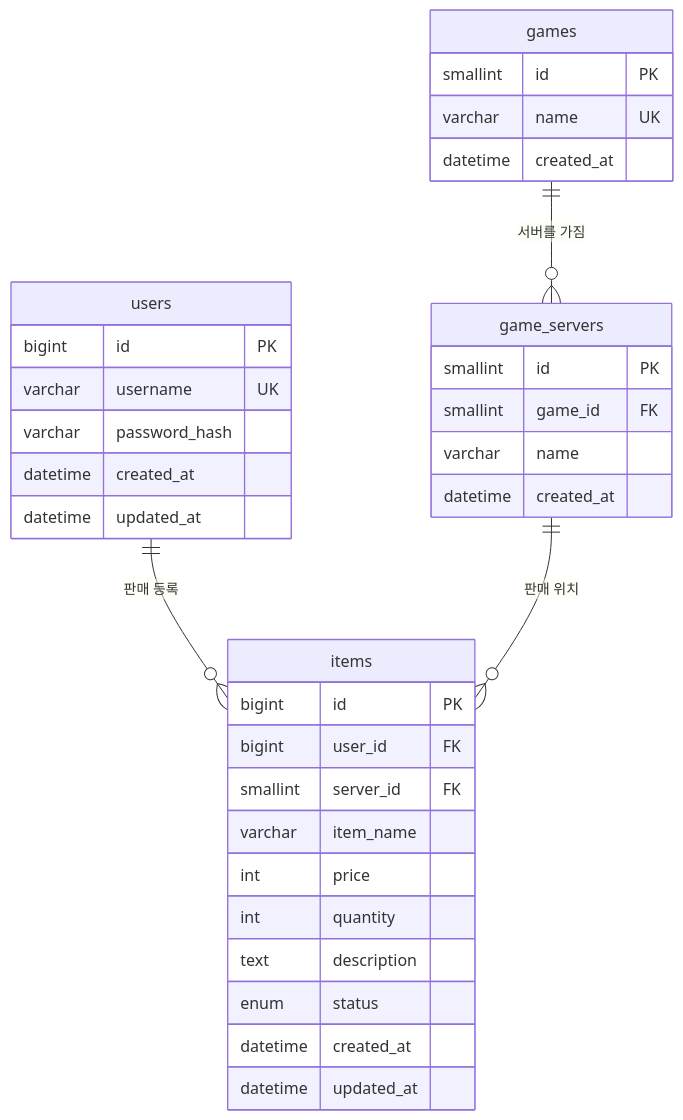
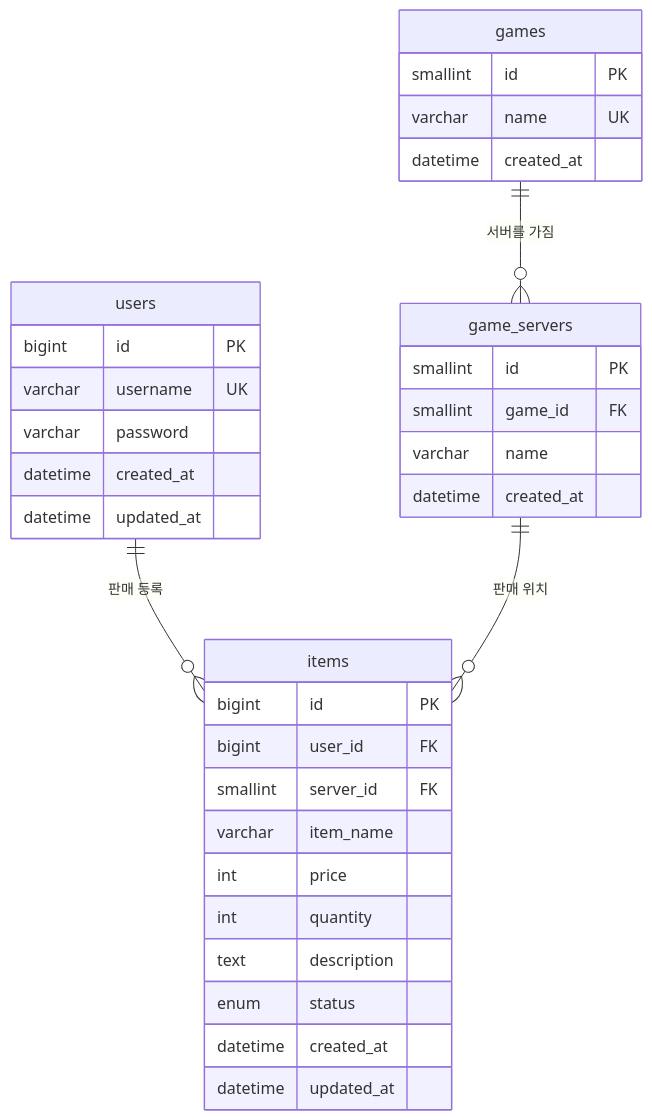
One commit to aass2769/gametrade changed the first of 2 diagrams in docs/database-design.md. Above: the diagram before and after it, drawn with Mermaid. The commit also changed other lines of this file and 4 other files, not shown here.

````diff
--- a/docs/database-design.md
+++ b/docs/database-design.md
@@ -242,40 +236,40 @@
 ```mermaid
 erDiagram
     users ||--o{ items : "판매 등록"
     games ||--o{ game_servers : "서버를 가짐"
     game_servers ||--o{ items : "판매 위치"
 
     users {
         bigint id PK
         varchar username UK
-        varchar password_hash
+        varchar password
         datetime created_at
         datetime updated_at
     }
 
     games {
         smallint id PK
         varchar name UK
         datetime created_at
     }
 
     game_servers {
         smallint id PK
         smallint game_id FK
         varchar name
         datetime created_at
     }
 
     items {
         bigint id PK
         bigint user_id FK
         smallint server_id FK
         varchar item_name
         int price
         int quantity
         text description
         enum status
         datetime created_at
         datetime updated_at
     }
 ```
````
